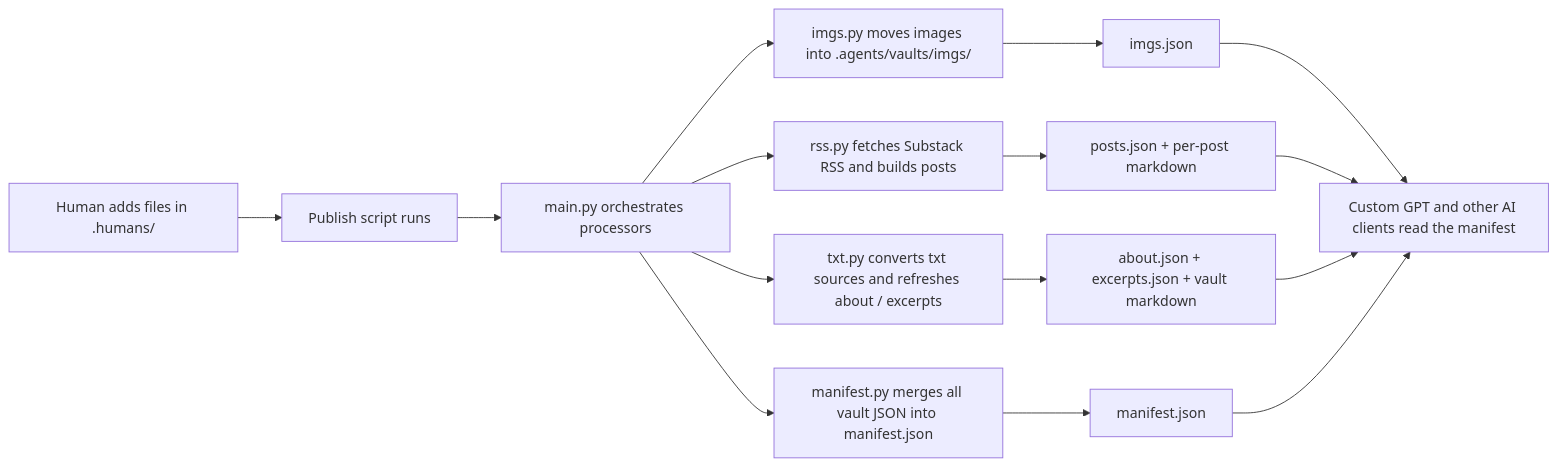
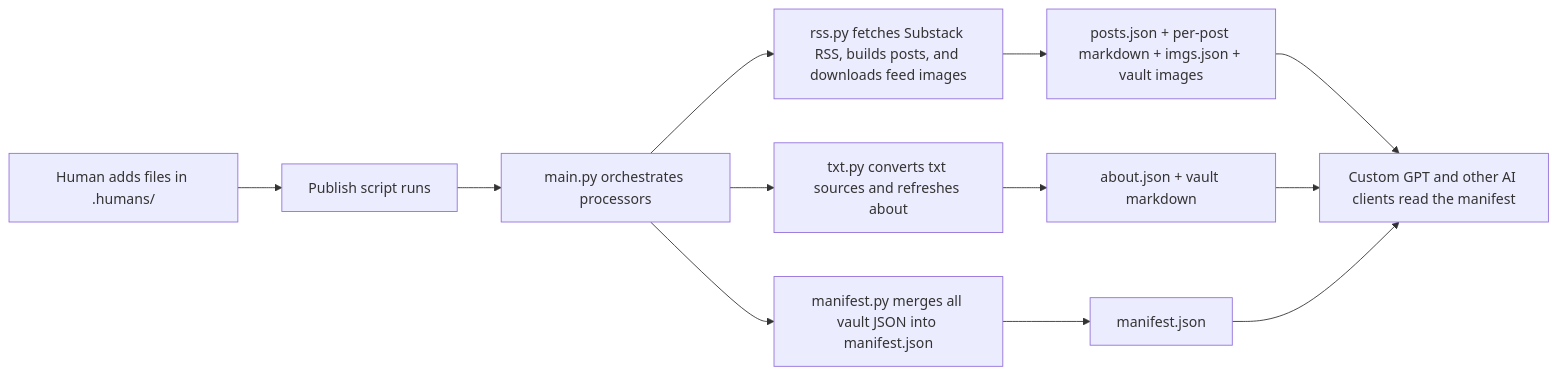
One commit to blackaft/burnoutseries changed the diagram in README.md. Above: the diagram before and after it, drawn with Mermaid.

````diff
--- a/README.md
+++ b/README.md
@@ -63,17 +63,14 @@
 ```mermaid
 flowchart LR
   A[Human adds files in .humans/] --> B[Publish script runs]
   B --> C[main.py orchestrates processors]
-  C --> D[imgs.py moves images into .agents/vaults/imgs/]
-  C --> E[rss.py fetches Substack RSS and builds posts]
-  C --> F[txt.py converts txt sources and refreshes about / excerpts]
-  C --> G[manifest.py merges all vault JSON into manifest.json]
-  D --> H[imgs.json]
-  E --> I[posts.json + per-post markdown]
-  F --> J[about.json + excerpts.json + vault markdown]
-  G --> K[manifest.json]
-  H --> L[Custom GPT and other AI clients read the manifest]
-  I --> L
-  J --> L
-  K --> L
+  C --> D[rss.py fetches Substack RSS, builds posts, and downloads feed images]
+  C --> E[txt.py converts txt sources and refreshes about]
+  C --> F[manifest.py merges all vault JSON into manifest.json]
+  D --> G[posts.json + per-post markdown + imgs.json + vault images]
+  E --> H[about.json + vault markdown]
+  F --> I[manifest.json]
+  G --> J[Custom GPT and other AI clients read the manifest]
+  H --> J
+  I --> J
 ```
````
